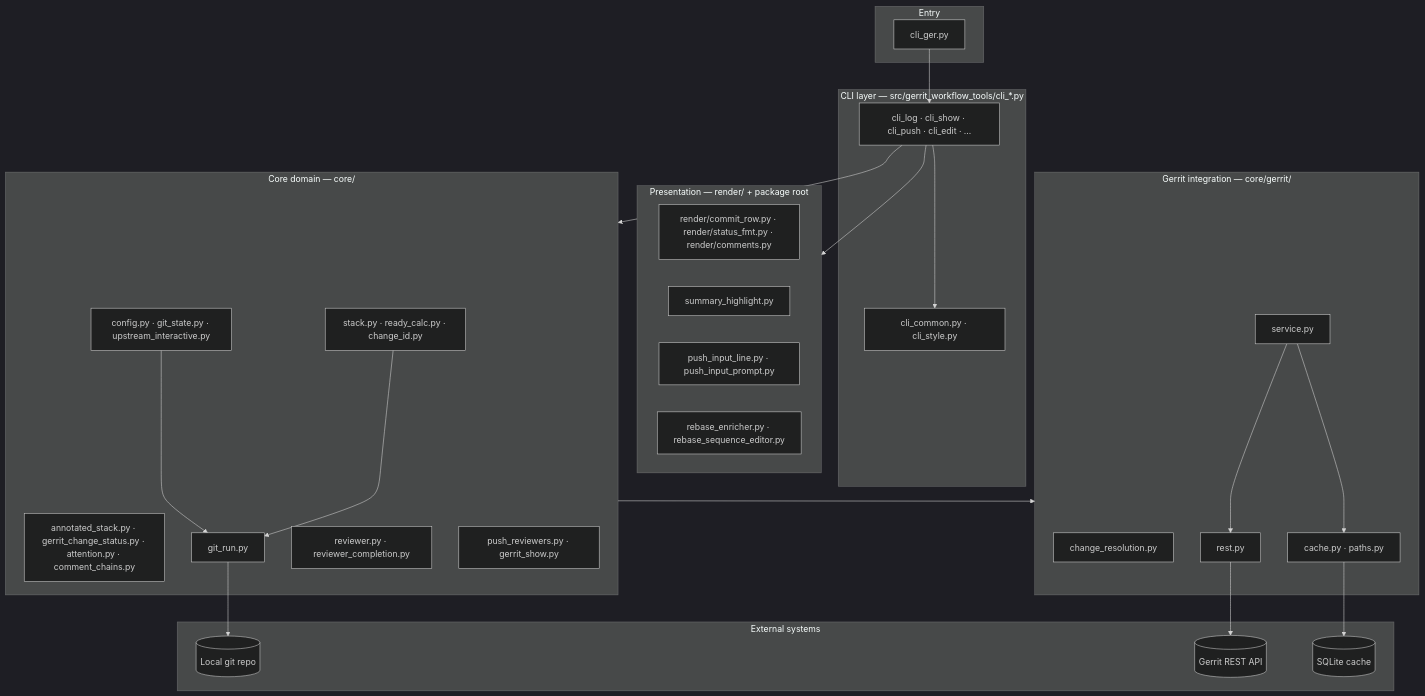
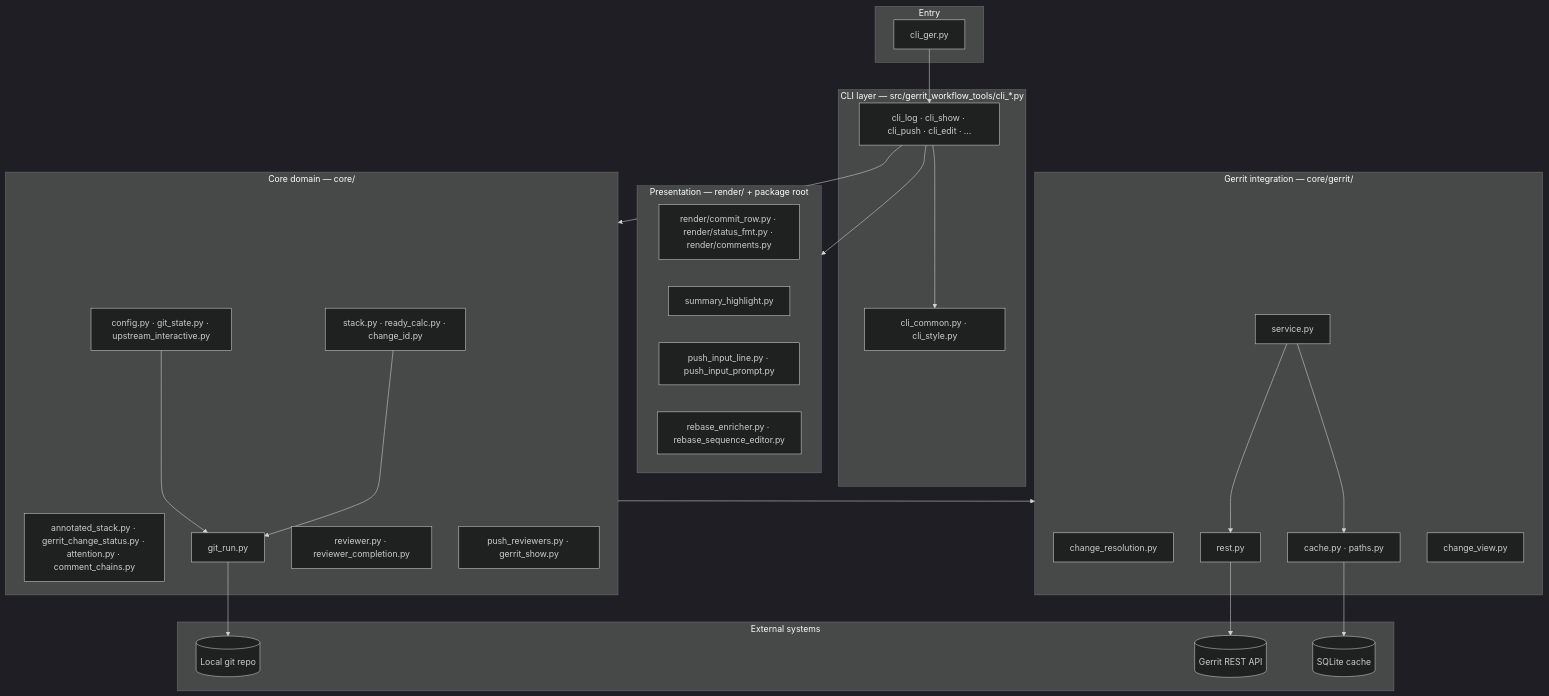
One commit to togrue/gerrit-workflow-tools changed the first of 8 diagrams in docu/architecture.md. Above: the diagram before and after it, drawn with Mermaid (dark theme). The commit also changed other lines of this file and 15 other files, not shown here.

````diff
--- a/docu/architecture.md
+++ b/docu/architecture.md
@@ -29,53 +29,54 @@
 ```mermaid
 flowchart TB
   subgraph entry [Entry]
     ger[cli_ger.py]
   end
 
   subgraph cli [CLI layer — src/gerrit_workflow_tools/cli_*.py]
     common[cli_common.py · cli_style.py]
     commands[cli_log · cli_show · cli_push · cli_edit · …]
   end
 
   subgraph presentation [Presentation — render/ + package root]
     render[render/commit_row.py · render/status_fmt.py · render/comments.py]
     highlight[summary_highlight.py]
     push_ui[push_input_line.py · push_input_prompt.py]
     rebase_hook[rebase_enricher.py · rebase_sequence_editor.py]
   end
 
   subgraph core [Core domain — core/]
     stack[stack.py · ready_calc.py · change_id.py]
     status[annotated_stack.py · gerrit_change_status.py · attention.py · comment_chains.py]
     config[config.py · git_state.py · upstream_interactive.py]
     git[git_run.py]
     reviewers[reviewer.py · reviewer_completion.py]
     push_core[push_reviewers.py · gerrit_show.py]
   end
 
   subgraph gerrit [Gerrit integration — core/gerrit/]
     resolution[change_resolution.py]
     service[service.py]
     rest[rest.py]
     cache[cache.py · paths.py]
+    view[change_view.py]
   end
 
   subgraph external [External systems]
     git_repo[(Local git repo)]
     gerrit_api[(Gerrit REST API)]
     sqlite[(SQLite cache)]
   end
 
   ger --> commands
   commands --> common
   commands --> core
   commands --> presentation
   core --> gerrit
   service --> rest
   service --> cache
   rest --> gerrit_api
   cache --> sqlite
   stack --> git
   config --> git
   git --> git_repo
 ```
````
